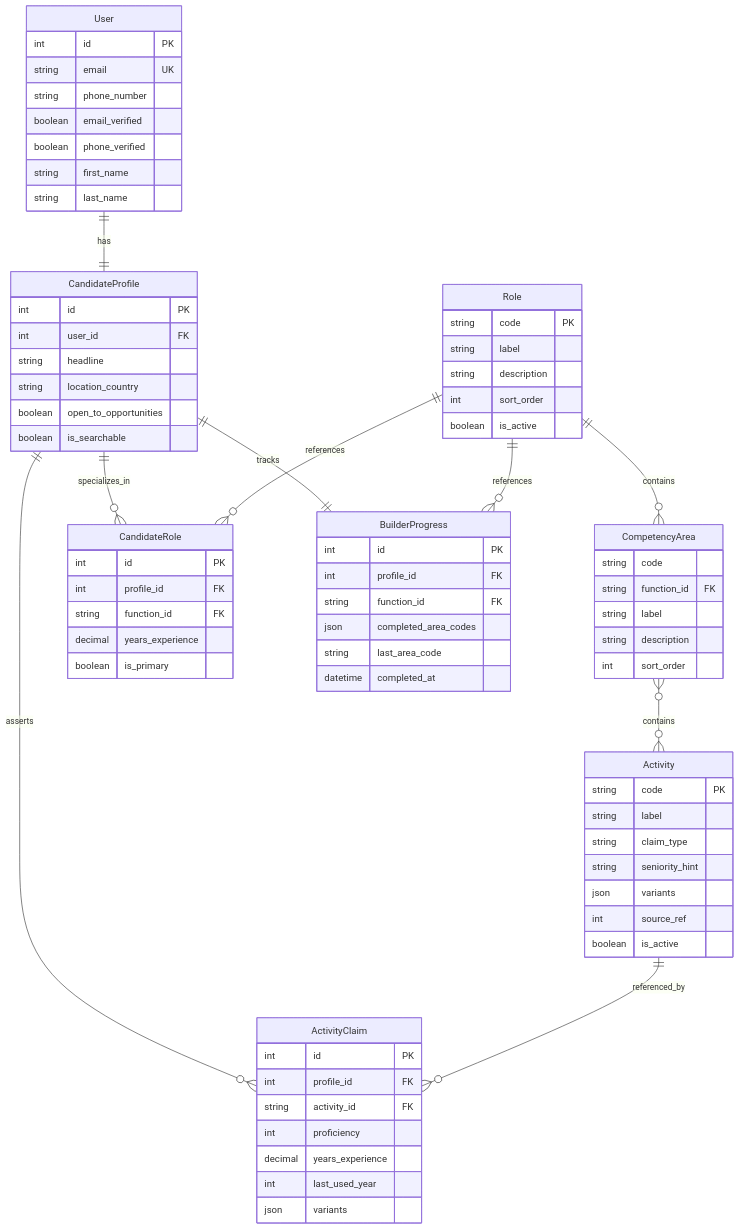
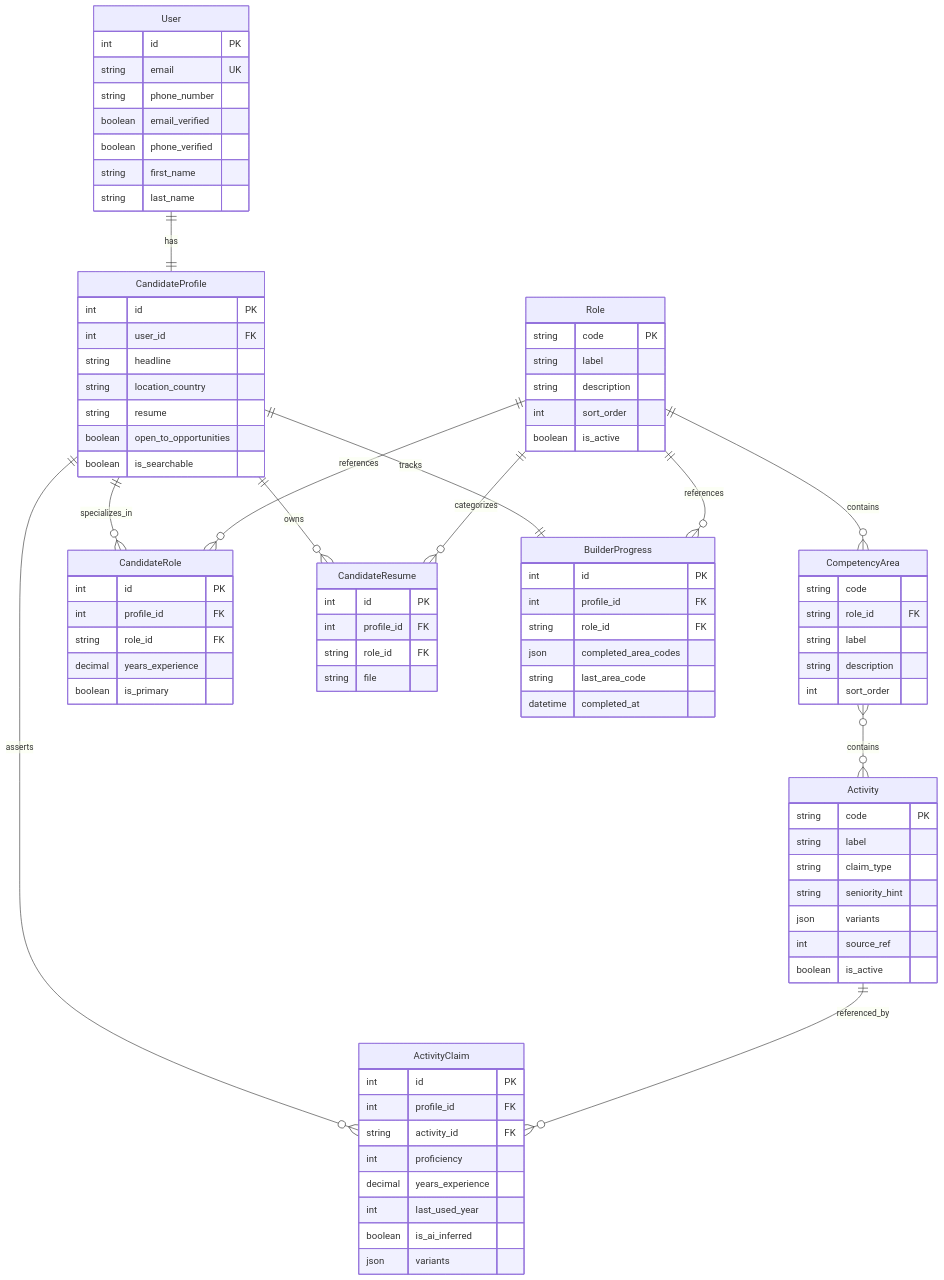
Before and after one commit to lucky-singh/hiredright: the fifth of 5 diagrams in docs/architecture.md, drawn with Mermaid. The commit also changed other lines of this file and 13 other files, not shown here.

```diff
--- a/docs/architecture.md
+++ b/docs/architecture.md
@@ -212,6 +212,9 @@
 
     CandidateProfile ||--o{ CandidateRole : specializes_in
     Role ||--o{ CandidateRole : references
+
+    CandidateProfile ||--o{ CandidateResume : owns
+    Role ||--o{ CandidateResume : categorizes
 
     CandidateProfile ||--|| BuilderProgress : tracks
     Role ||--o{ BuilderProgress : references
@@ -239,7 +242,7 @@
 
     CompetencyArea {
         string code
-        string function_id FK
+        string role_id FK
         string label
         string description
         int sort_order
@@ -260,6 +263,7 @@
         int user_id FK
         string headline
         string location_country
+        string resume
         boolean open_to_opportunities
         boolean is_searchable
     }
@@ -267,9 +271,16 @@
     CandidateRole {
         int id PK
         int profile_id FK
-        string function_id FK
+        string role_id FK
         decimal years_experience
         boolean is_primary
+    }
+
+    CandidateResume {
+        int id PK
+        int profile_id FK
+        string role_id FK
+        string file
     }
 
     ActivityClaim {
@@ -279,13 +290,14 @@
         int proficiency
         decimal years_experience
         int last_used_year
+        boolean is_ai_inferred
         json variants
     }
 
     BuilderProgress {
         int id PK
         int profile_id FK
-        string function_id FK
+        string role_id FK
         json completed_area_codes
         string last_area_code
         datetime completed_at
```
